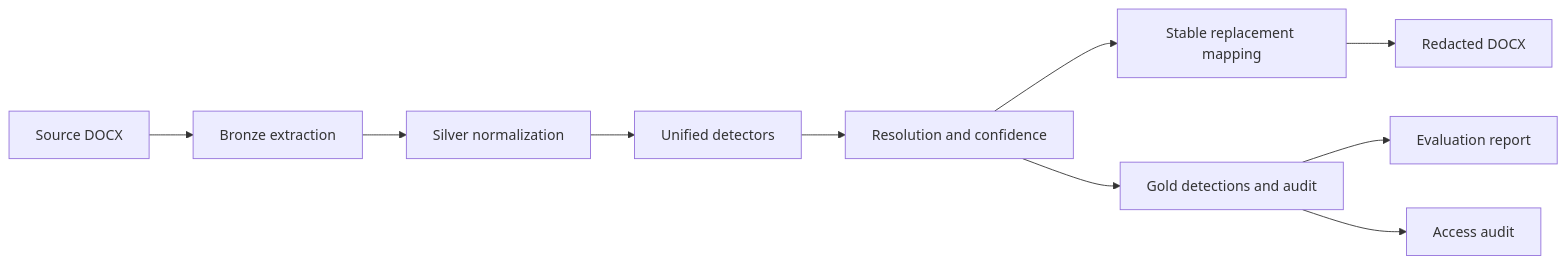
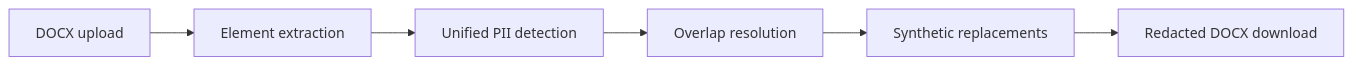
One commit to manish26m/piishield-assignment changed the diagram in README.md. Above: the diagram before and after it, drawn with Mermaid. The commit also changed other lines of this file, not shown here.

````diff
--- a/README.md
+++ b/README.md
@@ -37,12 +29,8 @@
 ```mermaid
 flowchart LR
-    A[Source DOCX] --> B[Bronze extraction]
-    B --> C[Silver normalization]
-    C --> D[Unified detectors]
-    D --> E[Resolution and confidence]
-    E --> F[Stable replacement mapping]
-    F --> G[Redacted DOCX]
-    E --> H[Gold detections and audit]
-    H --> I[Evaluation report]
-    H --> J[Access audit]
+    A[DOCX upload] --> B[Element extraction]
+    B --> C[Unified PII detection]
+    C --> D[Overlap resolution]
+    D --> E[Synthetic replacements]
+    E --> F[Redacted DOCX download]
 ```
````
